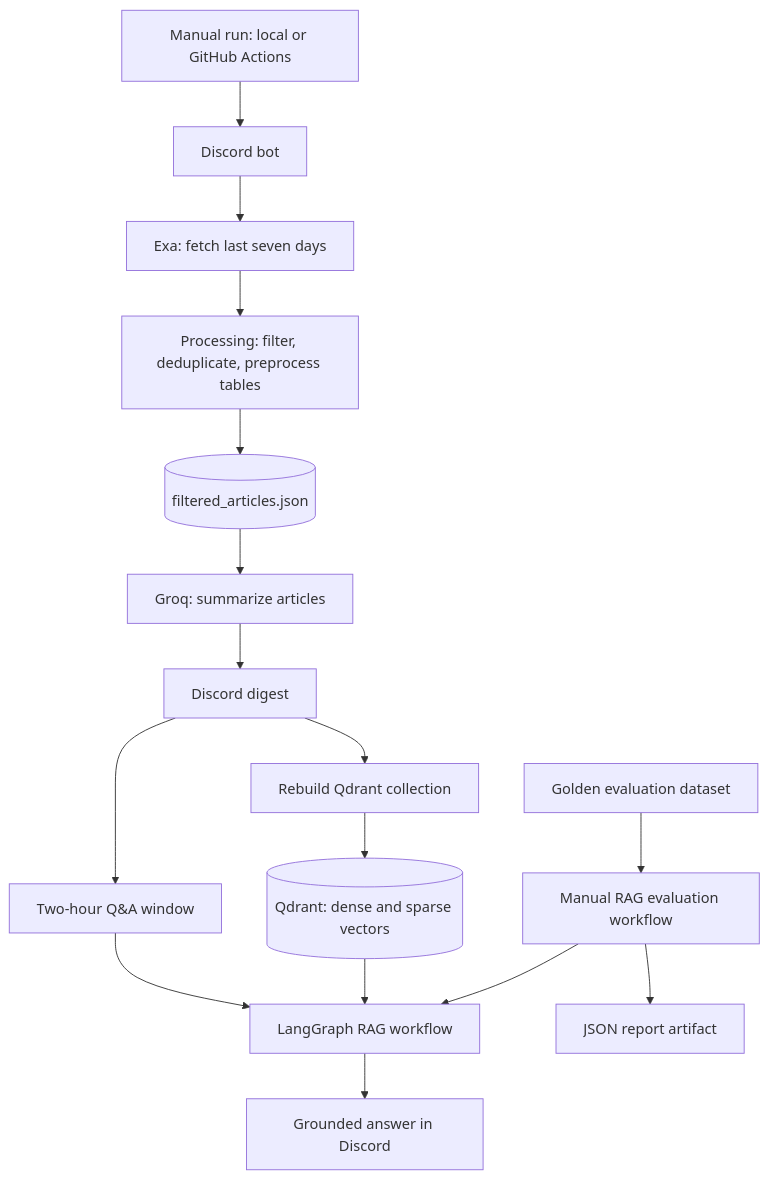
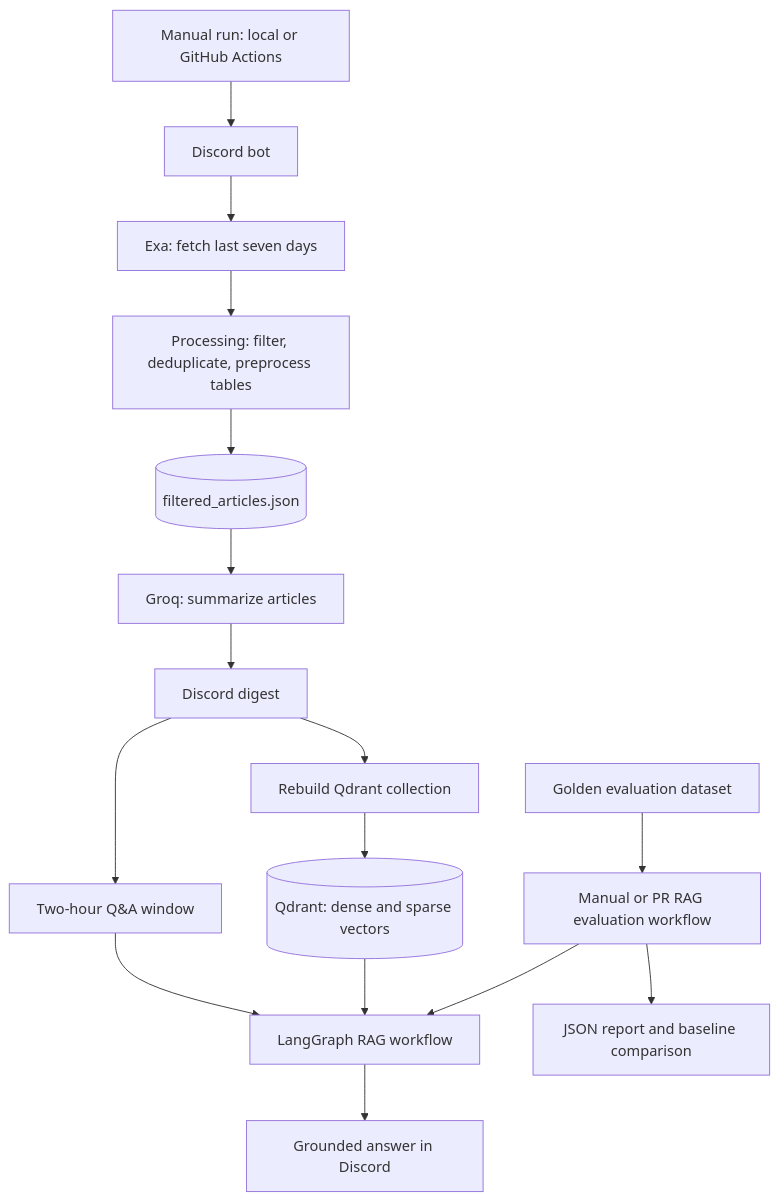
One commit to itsmoksh/stack-feed changed the diagram in README.md. Above: the diagram before and after it, drawn with Mermaid. The commit also changed other lines of this file and 9 other files, not shown here.

````diff
--- a/README.md
+++ b/README.md
@@ -26,18 +26,18 @@
 ```mermaid
 flowchart TD
     A[Manual run: local or GitHub Actions] --> B[Discord bot]
     B --> D[Exa: fetch last seven days]
     D --> E[Processing: filter, deduplicate, preprocess tables]
     E --> F[(filtered_articles.json)]
     F --> G[Groq: summarize articles]
     G --> H[Discord digest]
     H --> I[Rebuild Qdrant collection]
     I --> J[(Qdrant: dense and sparse vectors)]
     H --> K[Two-hour Q&A window]
     K --> L[LangGraph RAG workflow]
     J --> L
     L --> M[Grounded answer in Discord]
-    N[Golden evaluation dataset] --> O[Manual RAG evaluation workflow]
+    N[Golden evaluation dataset] --> O[Manual or PR RAG evaluation workflow]
     O --> L
-    O --> P[JSON report artifact]
+    O --> P[JSON report and baseline comparison]
 ```
````
